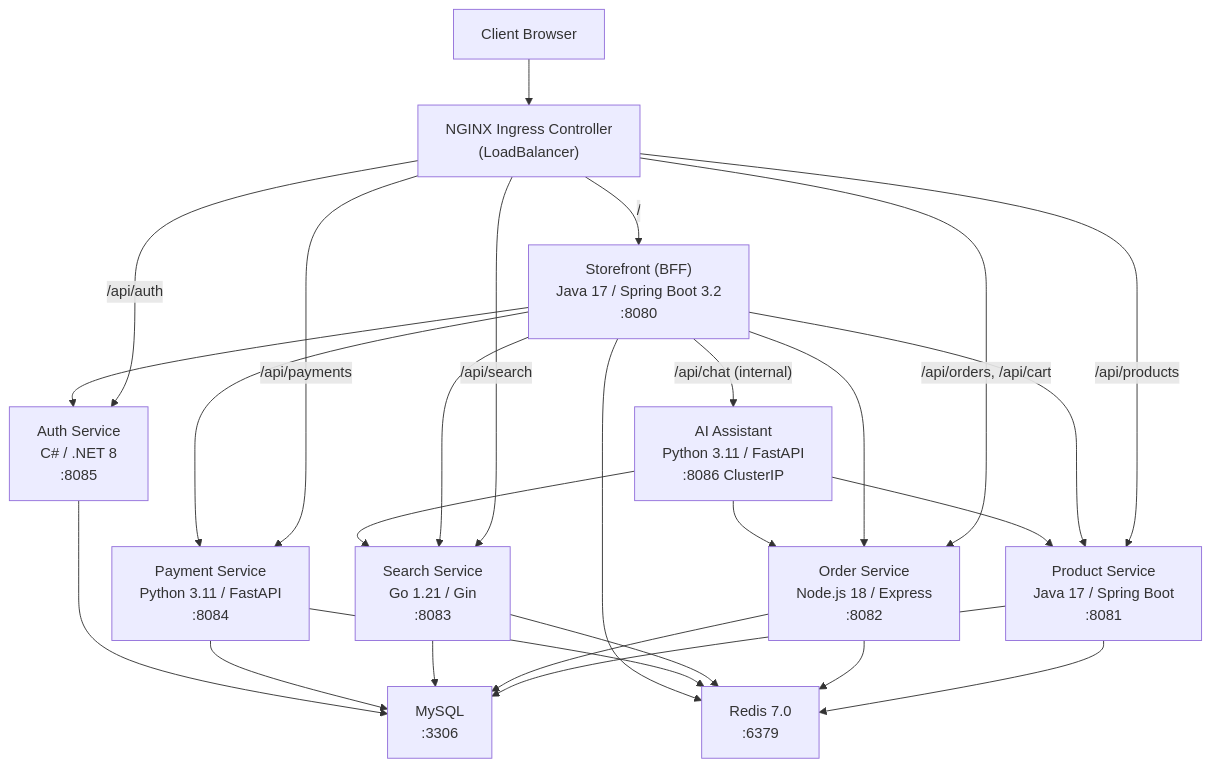
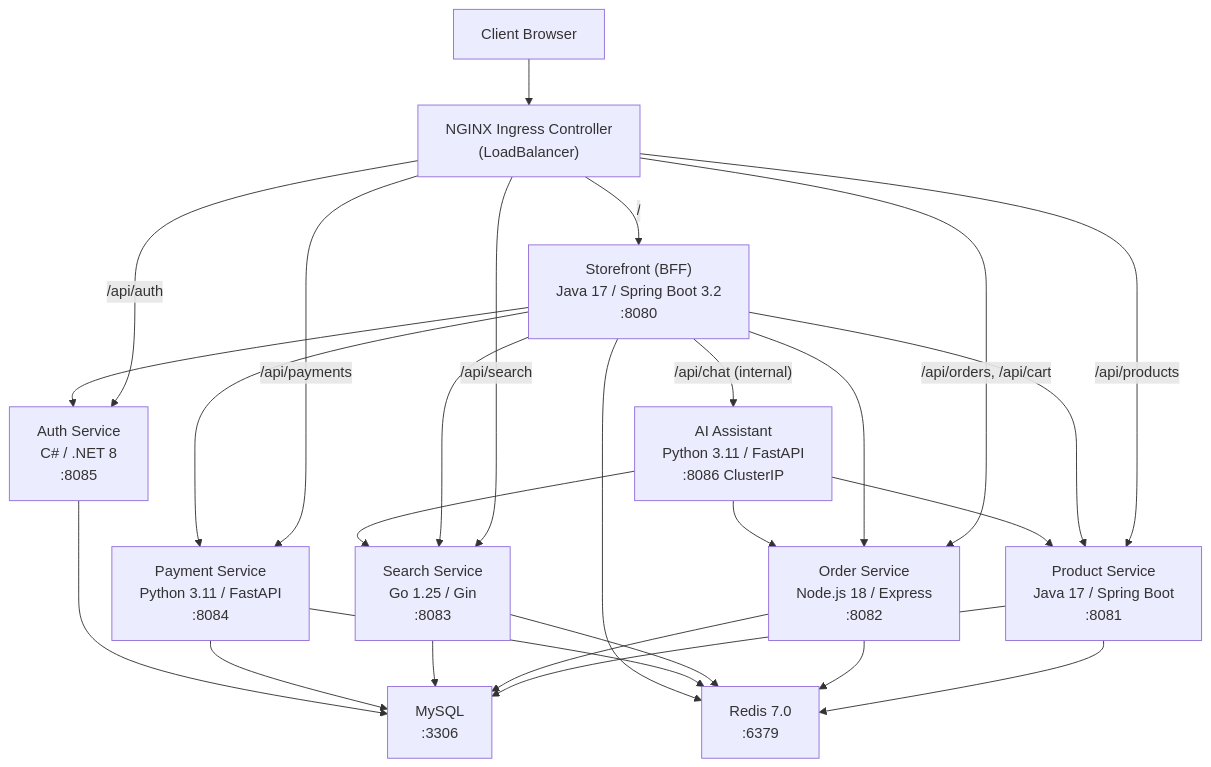
Before and after one commit to site24x7/demo-apps: the second of 2 diagrams in Terraform Deployment/README.md, drawn with Mermaid. The commit also changed other lines of this file and 66 other files, not shown here.

````diff
--- a/Terraform Deployment/README.md
+++ b/Terraform Deployment/README.md
@@ -40,17 +40,17 @@
 ```mermaid
 graph TD
     Client["Client Browser"] --> Ingress["NGINX Ingress Controller<br/>(LoadBalancer)"]
     Ingress -->|"/"| SF["Storefront (BFF)<br/>Java 17 / Spring Boot 3.2<br/>:8080"]
     Ingress -->|"/api/products"| PS["Product Service<br/>Java 17 / Spring Boot<br/>:8081"]
     Ingress -->|"/api/orders, /api/cart"| OS["Order Service<br/>Node.js 18 / Express<br/>:8082"]
-    Ingress -->|"/api/search"| SS["Search Service<br/>Go 1.21 / Gin<br/>:8083"]
+    Ingress -->|"/api/search"| SS["Search Service<br/>Go 1.25 / Gin<br/>:8083"]
     Ingress -->|"/api/payments"| Pay["Payment Service<br/>Python 3.11 / FastAPI<br/>:8084"]
     Ingress -->|"/api/auth"| Auth["Auth Service<br/>C# / .NET 8<br/>:8085"]
 
     SF -->|"/api/chat (internal)"| AI["AI Assistant<br/>Python 3.11 / FastAPI<br/>:8086 ClusterIP"]
     SF --> PS & OS & SS & Pay & Auth
     AI --> PS & OS & SS
 
     PS & OS & SS & Pay & Auth --> MySQL["MySQL<br/>:3306"]
     PS & OS & SS & Pay & SF --> Redis["Redis 7.0<br/>:6379"]
 ```
````
